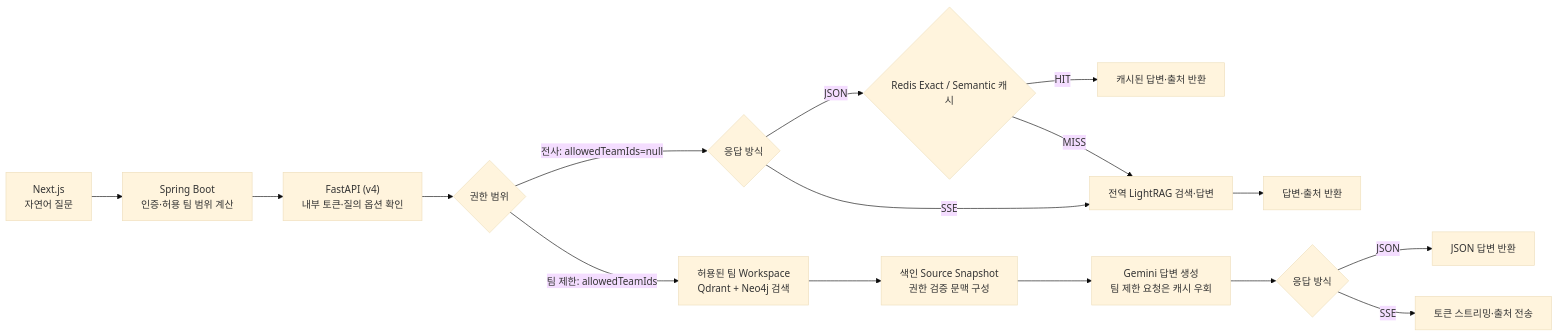
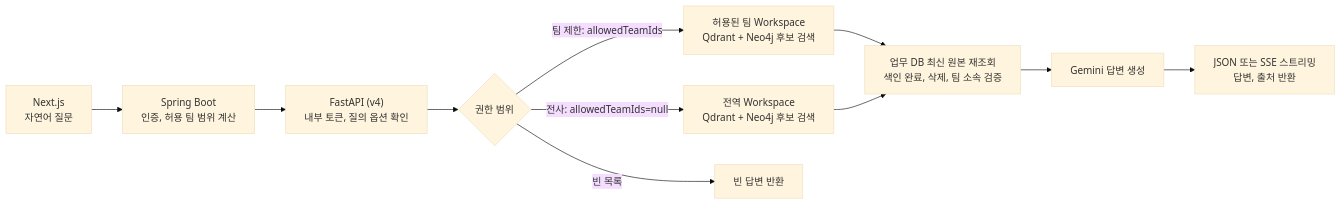
One commit to sunghun0917/acodian changed the second of 2 diagrams in README.md. Above: the diagram before and after it, drawn with Mermaid (base theme). The commit also changed other lines of this file, not shown here.

````diff
--- a/README.md
+++ b/README.md
@@ -47,18 +69,13 @@
 ```mermaid
 flowchart LR
-    W["Next.js<br/>자연어 질문"] --> A["Spring Boot<br/>인증·허용 팀 범위 계산"]
-    A --> F["FastAPI (v4)<br/>내부 토큰·질의 옵션 확인"]
+    W["Next.js<br/>자연어 질문"] --> A["Spring Boot<br/>인증, 허용 팀 범위 계산"]
+    A --> F["FastAPI (v4)<br/>내부 토큰, 질의 옵션 확인"]
     F --> K{"권한 범위"}
-    K -->|팀 제한: allowedTeamIds| M["허용된 팀 Workspace<br/>Qdrant + Neo4j 검색"]
-    M --> MS["색인 Source Snapshot<br/>권한 검증 문맥 구성"]
-    K -->|전사: allowedTeamIds=null| T{"응답 방식"}
-    T -->|JSON| C{"Redis Exact / Semantic 캐시"}
-    C -->|HIT| H["캐시된 답변·출처 반환"]
-    C -->|MISS| G["전역 LightRAG 검색·답변"]
-    T -->|SSE| G
-    MS --> MG["Gemini 답변 생성<br/>팀 제한 요청은 캐시 우회"]
-    G --> U["답변·출처 반환"]
-    MG --> B{"응답 방식"}
-    B -->|JSON| R["JSON 답변 반환"]
-    B -->|SSE| V["토큰 스트리밍·출처 전송"]
+    K -->|팀 제한: allowedTeamIds| M["허용된 팀 Workspace<br/>Qdrant + Neo4j 후보 검색"]
+    K -->|전사: allowedTeamIds=null| G["전역 Workspace<br/>Qdrant + Neo4j 후보 검색"]
+    K -->|빈 목록| E["빈 답변 반환"]
+    M --> MS["업무 DB 최신 원본 재조회<br/>색인 완료, 삭제, 팀 소속 검증"]
+    G --> MS
+    MS --> MG["Gemini 답변 생성"]
+    MG --> R["JSON 또는 SSE 스트리밍<br/>답변, 출처 반환"]
 ```
````
